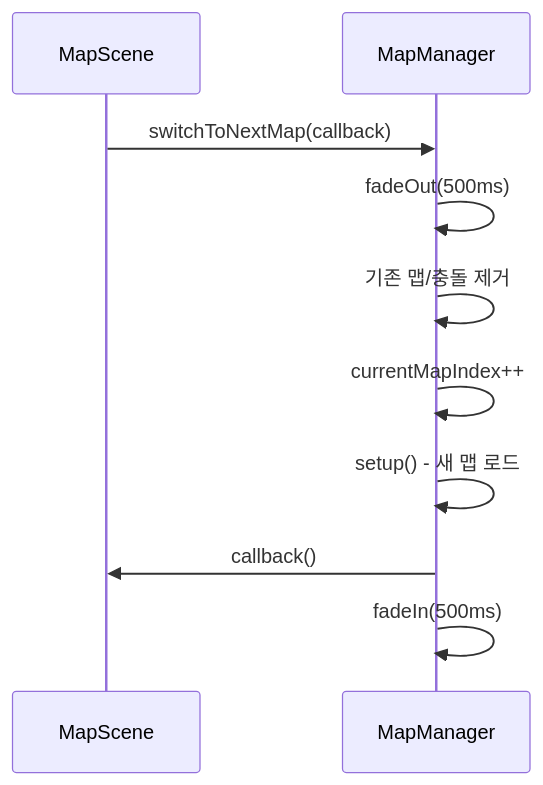
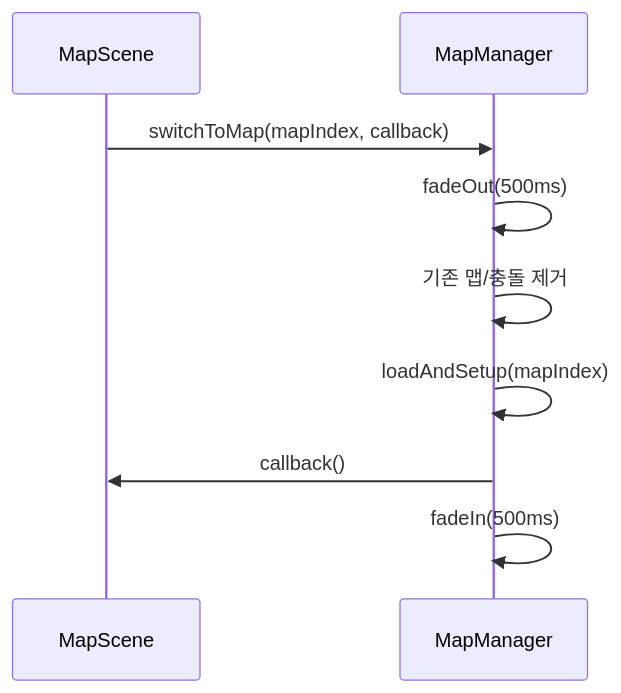
One commit to boostcampwm2025/web19-estrogenquattro changed the second of 5 diagrams in docs/architecture/GAME_MANAGERS.md. Above: the diagram before and after it, drawn with Mermaid. The commit also changed other lines of this file and 97 other files, not shown here.

````diff
--- a/docs/architecture/GAME_MANAGERS.md
+++ b/docs/architecture/GAME_MANAGERS.md
@@ -69,13 +70,12 @@
 ```mermaid
 sequenceDiagram
     participant S as MapScene
     participant M as MapManager
 
-    S->>M: switchToNextMap(callback)
+    S->>M: switchToMap(mapIndex, callback)
     M->>M: fadeOut(500ms)
     M->>M: 기존 맵/충돌 제거
-    M->>M: currentMapIndex++
-    M->>M: setup() - 새 맵 로드
+    M->>M: loadAndSetup(mapIndex)
     M->>S: callback()
     M->>M: fadeIn(500ms)
 ```
````
